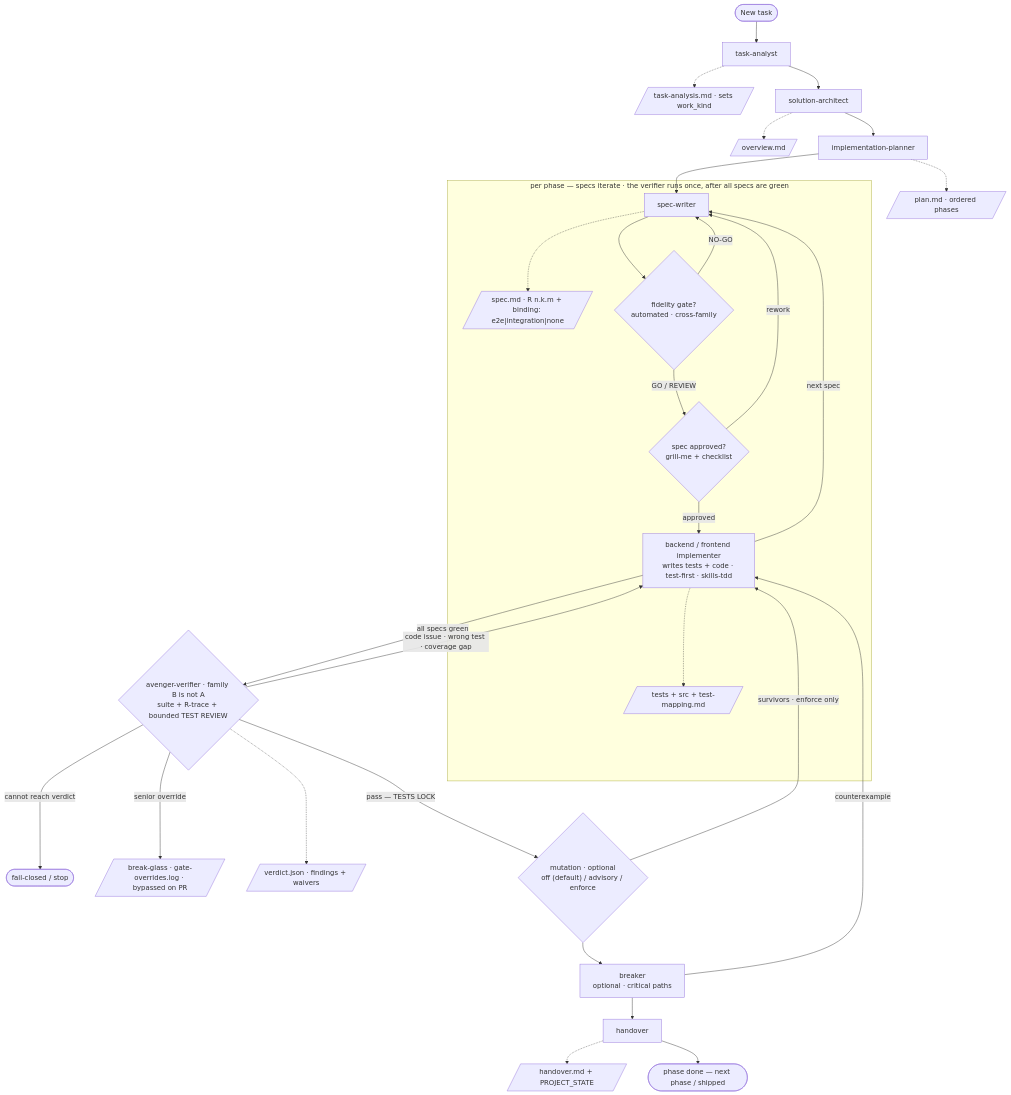
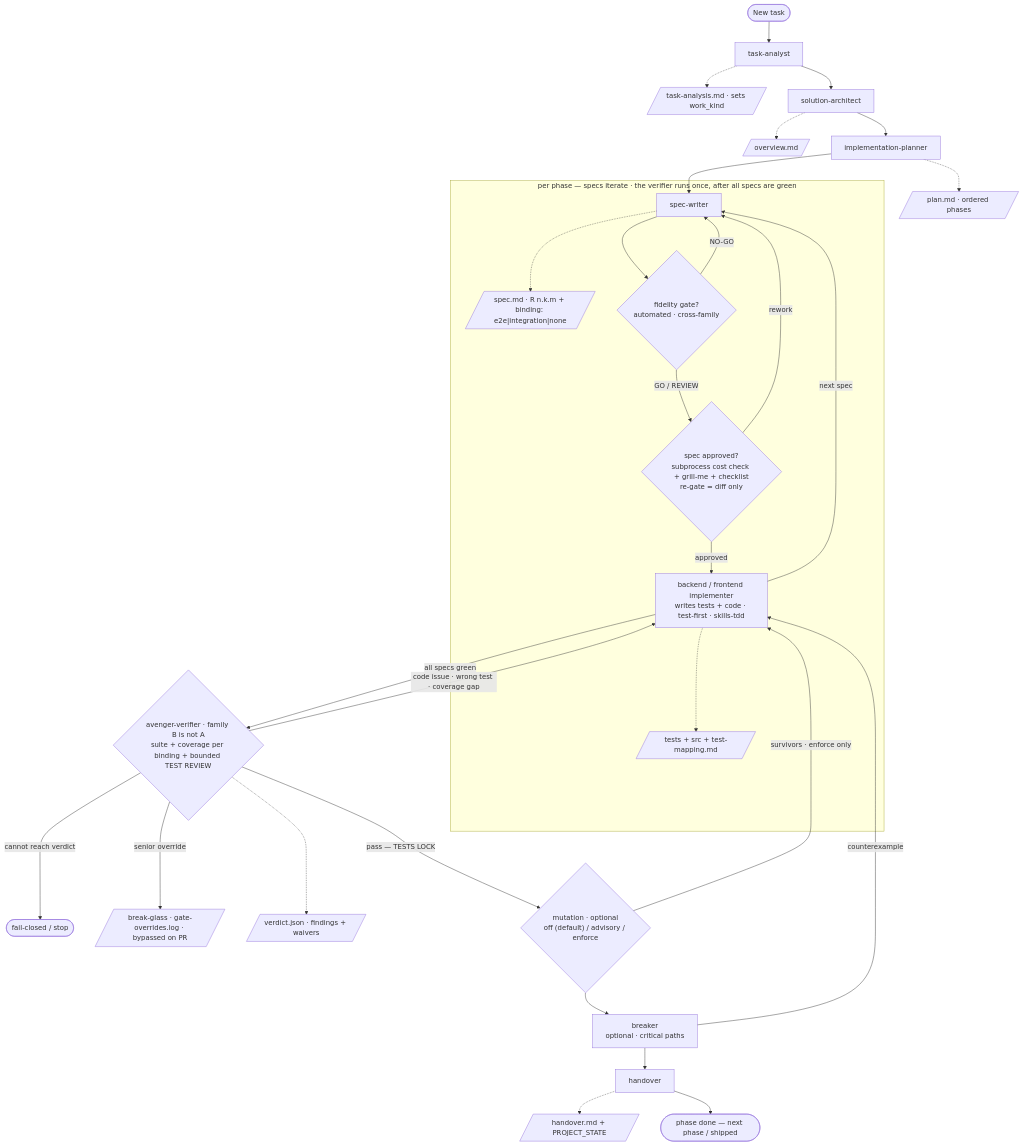
One commit to szobonyaerik/agentic-avengers changed the diagram in README.md. Above: the diagram before and after it, drawn with Mermaid. The commit also changed other lines of this file and 9 other files, not shown here.

Commit message:
no-mistakes(document): document tiered binding, cost gate, diff-scoped re-gate downstream

````diff
--- a/README.md
+++ b/README.md
@@ -42,34 +42,34 @@
 ```mermaid
 flowchart TD
     start(["New task"]) --> ta["task-analyst"]
     ta -.-> taA[/"task-analysis.md · sets work_kind"/]
     ta --> sa["solution-architect"]
     sa -.-> saA[/"overview.md"/]
     sa --> ip["implementation-planner"]
     ip -.-> ipA[/"plan.md · ordered phases"/]
     ip --> sw
 
     subgraph phase ["per phase — specs iterate · the verifier runs once, after all specs are green"]
         sw["spec-writer"] -.-> swA[/"spec.md · R n.k.m + binding: e2e|integration|none"/]
         sw --> fg{"fidelity gate?<br/>automated · cross-family"}
         fg -->|"NO-GO"| sw
-        fg -->|"GO / REVIEW"| sr{"spec approved?<br/>grill-me + checklist"}
+        fg -->|"GO / REVIEW"| sr{"spec approved?<br/>subprocess cost check + grill-me + checklist<br/>re-gate = diff only"}
         sr -->|"rework"| sw
         sr -->|"approved"| impl["backend / frontend implementer<br/>writes tests + code · test-first · skills-tdd"]
         impl -.-> implA[/"tests + src + test-mapping.md"/]
         impl -->|"next spec"| sw
     end
 
-    impl -->|"all specs green"| ver{"avenger-verifier · family B is not A<br/>suite + R-trace + bounded TEST REVIEW"}
+    impl -->|"all specs green"| ver{"avenger-verifier · family B is not A<br/>suite + coverage per binding + bounded TEST REVIEW"}
     ver -->|"cannot reach verdict"| stop(["fail-closed / stop"])
     ver -->|"senior override"| bg[/"break-glass · gate-overrides.log · bypassed on PR"/]
     ver -->|"code issue · wrong test · coverage gap"| impl
     ver -.-> verA[/"verdict.json · findings + waivers"/]
     ver -->|"pass — TESTS LOCK"| mut{"mutation · optional<br/>off (default) / advisory / enforce"}
     mut -->|"survivors · enforce only"| impl
     mut --> brk["breaker<br/>optional · critical paths"]
     brk -->|"counterexample"| impl
     brk --> ho["handover"]
     ho -.-> hoA[/"handover.md + PROJECT_STATE"/]
     ho --> done(["phase done — next phase / shipped"])
 ```
````
